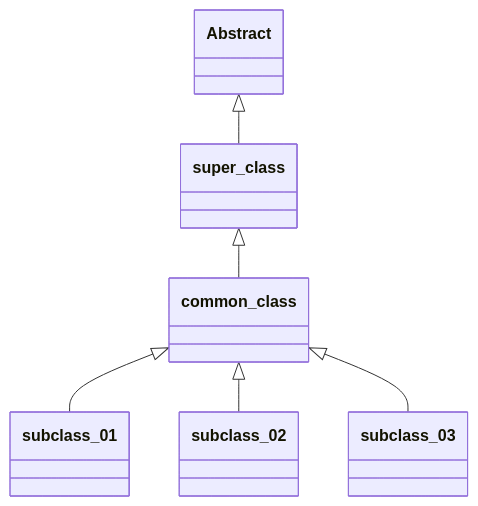
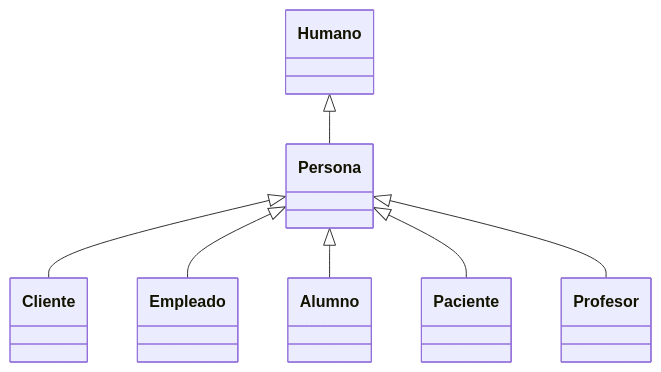
One commit to C215714N/EducacionIT changed the diagram in examples/class.md. Above: the diagram before and after it, drawn with Mermaid.

Commit message:
diagrama de superclases y subclases

````diff
--- a/examples/class.md
+++ b/examples/class.md
@@ -1,23 +1,31 @@
 ```mermaid
 classDiagram
-    Abstract <|-- super_class
-    super_class <|-- common_class
-    common_class <|-- subclass_01
-    common_class <|-- subclass_02
-    common_class <|-- subclass_03
-    class super_class{
+    Humano <|-- Persona
+    Persona <|-- Cliente
+    Persona <|-- Empleado
+    Persona <|-- Alumno
+    Persona <|-- Paciente
+    Persona <|-- Profesor
+
+    class Humano{
+
+    }
+    class Persona{
+
+    }
+    class Cliente{
+
+    }
+    class Empleado{
+
+    }
+    class Paciente{
         
     }
-    class common_class{
+    class Alumno{
 
     }
-    class subclass_01{
-
-    }
-    class subclass_02{
-
-    }
-    class subclass_03{
+    class Profesor{
 
     }
 ```
````
